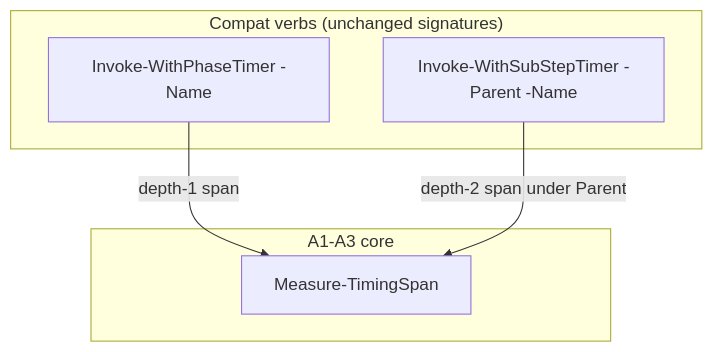
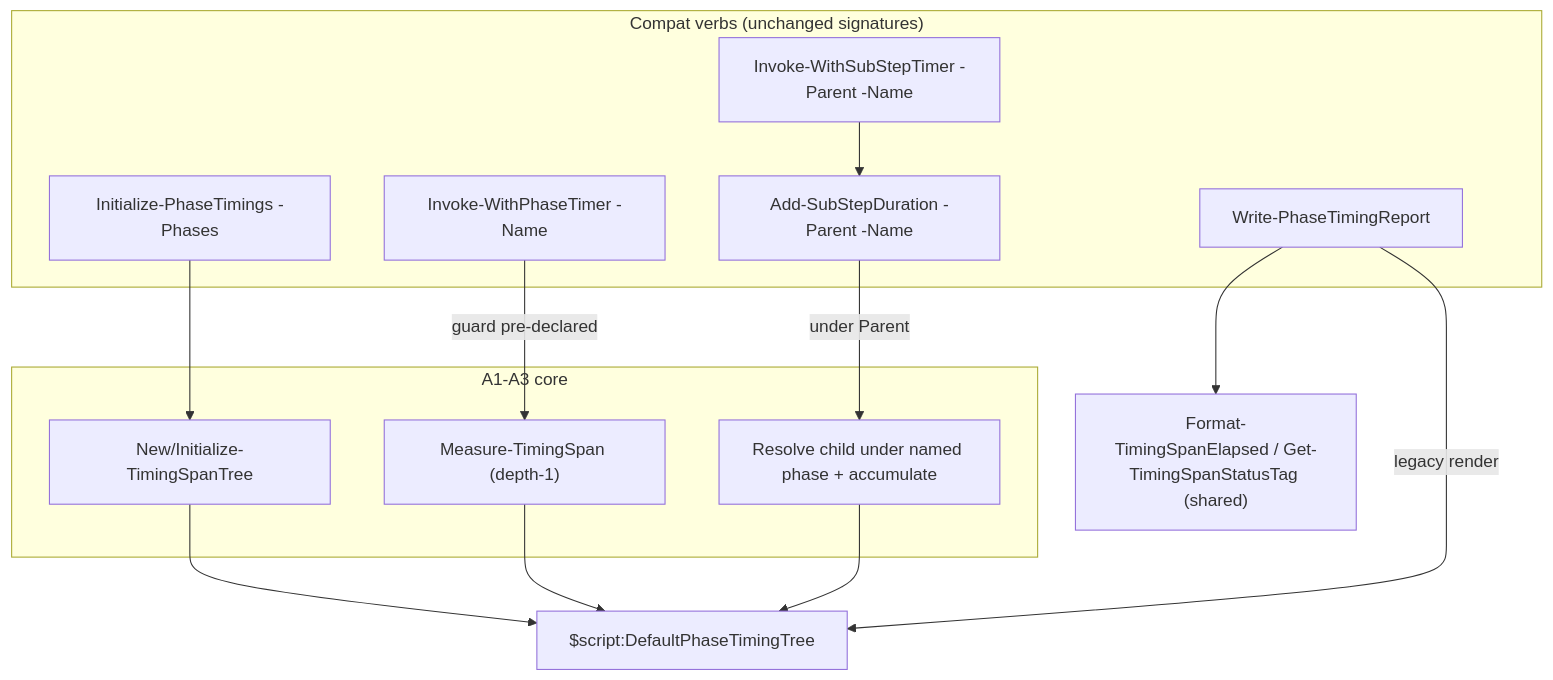
The fourth of 14 diagrams in docs/dev/implementation/88-cross-process-instrumentation-and-reporting/plan.md (VitaliiAndreev/Infrastructure-Common), drawn with Mermaid before and after one commit. The commit also changed other lines of this file and 8 other files, not shown here.

````diff
--- a/docs/dev/implementation/88-cross-process-instrumentation-and-reporting/plan.md
+++ b/docs/dev/implementation/88-cross-process-instrumentation-and-reporting/plan.md
@@ -186,12 +210,22 @@
 ```mermaid
 flowchart TD
   subgraph shims["Compat verbs (unchanged signatures)"]
+    I["Initialize-PhaseTimings -Phases"]
     P["Invoke-WithPhaseTimer -Name"]
     S["Invoke-WithSubStepTimer -Parent -Name"]
+    A["Add-SubStepDuration -Parent -Name"]
+    W["Write-PhaseTimingReport"]
   end
+  ctx["$script:DefaultPhaseTimingTree"]
   subgraph core["A1-A3 core"]
-    M["Measure-TimingSpan"]
+    NT["New/Initialize-TimingSpanTree"]
+    M["Measure-TimingSpan (depth-1)"]
+    RA["Resolve child under named phase + accumulate"]
   end
-  P -->|depth-1 span| M
-  S -->|depth-2 span under Parent| M
+  fmt["Format-TimingSpanElapsed / Get-TimingSpanStatusTag (shared)"]
+  I --> NT --> ctx
+  P -->|guard pre-declared| M --> ctx
+  S --> A -->|under Parent| RA --> ctx
+  W -->|legacy render| ctx
+  W --> fmt
 ```
````
